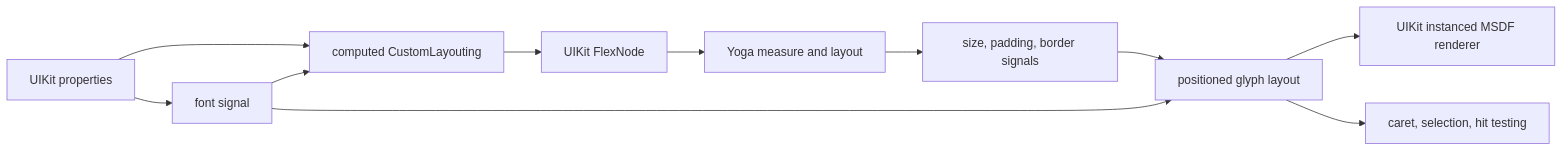
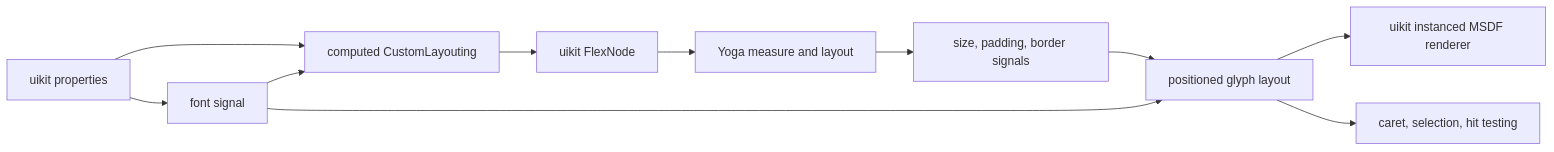
Before and after one commit to pmndrs/glyph: the first of 2 diagrams in docs/planning/uikit-integration.md, drawn with Mermaid. The commit also changed other lines of this file and 35 other files, not shown here.

````diff
--- a/docs/planning/uikit-integration.md
+++ b/docs/planning/uikit-integration.md
@@ -28,13 +28,13 @@
 ```mermaid
 flowchart LR
-  Props["UIKit properties"] --> Font["font signal"]
+  Props["uikit properties"] --> Font["font signal"]
   Props --> CurrentMeasure["computed CustomLayouting"]
   Font --> CurrentMeasure
-  CurrentMeasure --> FlexNode["UIKit FlexNode"]
+  CurrentMeasure --> FlexNode["uikit FlexNode"]
   FlexNode --> Yoga["Yoga measure and layout"]
   Yoga --> BoxSignals["size, padding, border signals"]
   BoxSignals --> CurrentPosition["positioned glyph layout"]
   Font --> CurrentPosition
-  CurrentPosition --> CurrentRender["UIKit instanced MSDF renderer"]
+  CurrentPosition --> CurrentRender["uikit instanced MSDF renderer"]
   CurrentPosition --> CurrentQueries["caret, selection, hit testing"]
 ```
````
